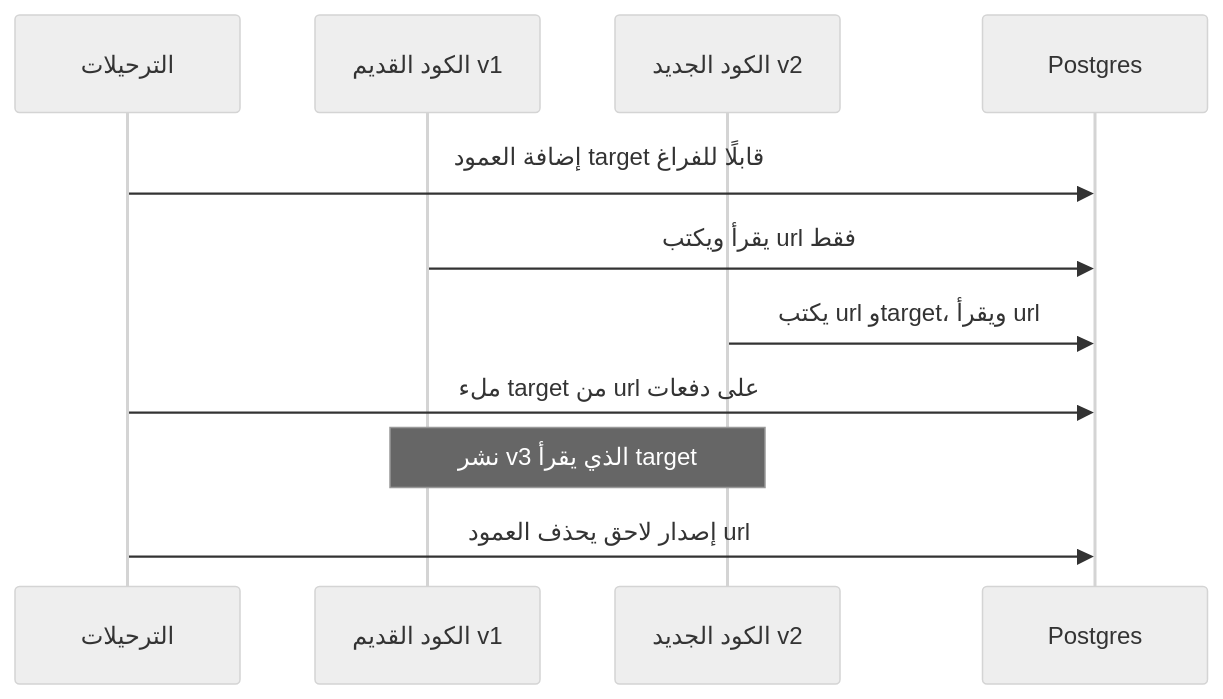
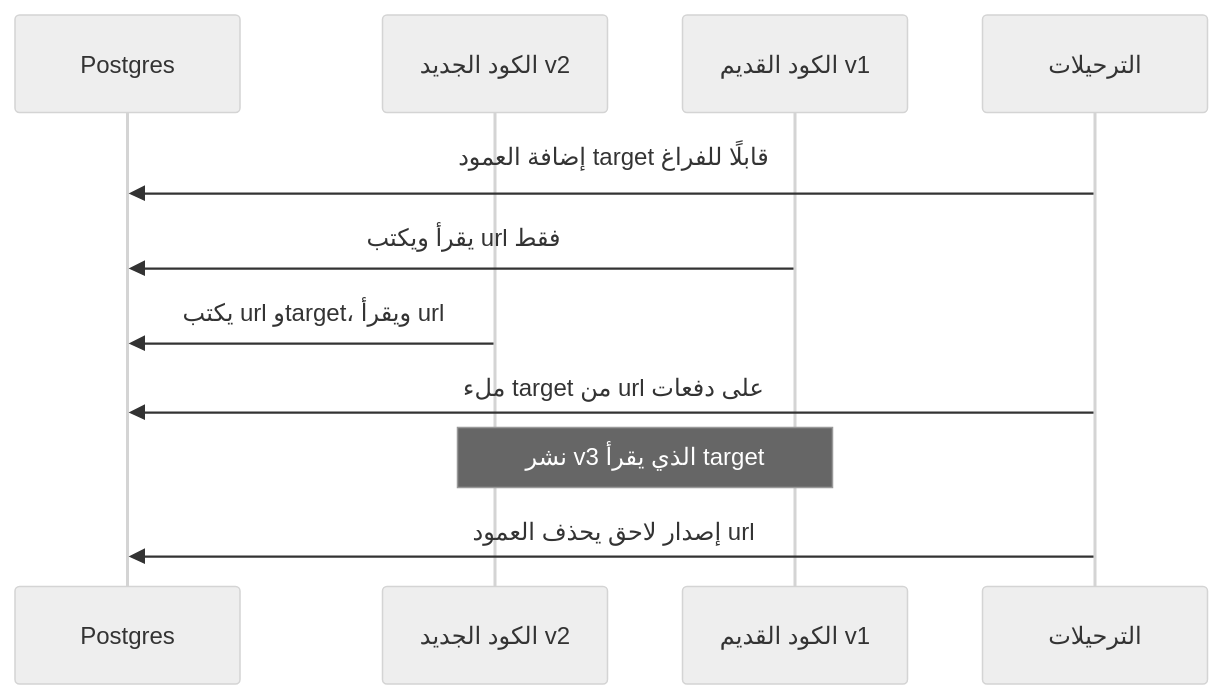
The seventh of 7 diagrams in saas/modules/07-operations.ar.md (Tamoura/system-design-for-vibe-coders), drawn with Mermaid (neutral theme) before and after one commit. The commit also changed other lines of this file and 31 other files, not shown here.

First line of the commit message:
Arabic editions: diagrams flow right to left

````diff
--- a/saas/modules/07-operations.ar.md
+++ b/saas/modules/07-operations.ar.md
@@ -929,13 +929,13 @@
 ```mermaid
 sequenceDiagram
-  participant M as الترحيلات
-  participant Old as الكود القديم v1
-  participant New as الكود الجديد v2
-  participant DB as Postgres
+    participant DB as Postgres
+    participant New as الكود الجديد v2
+    participant Old as الكود القديم v1
+    participant M as الترحيلات
   M->>DB: إضافة العمود target قابلًا للفراغ
   Old->>DB: يقرأ ويكتب url فقط
   New->>DB: يكتب url وtarget، ويقرأ url
   M->>DB: ملء target من url على دفعات
   Note over Old,New: نشر v3 الذي يقرأ target
   M->>DB: إصدار لاحق يحذف العمود url
 ```
````
